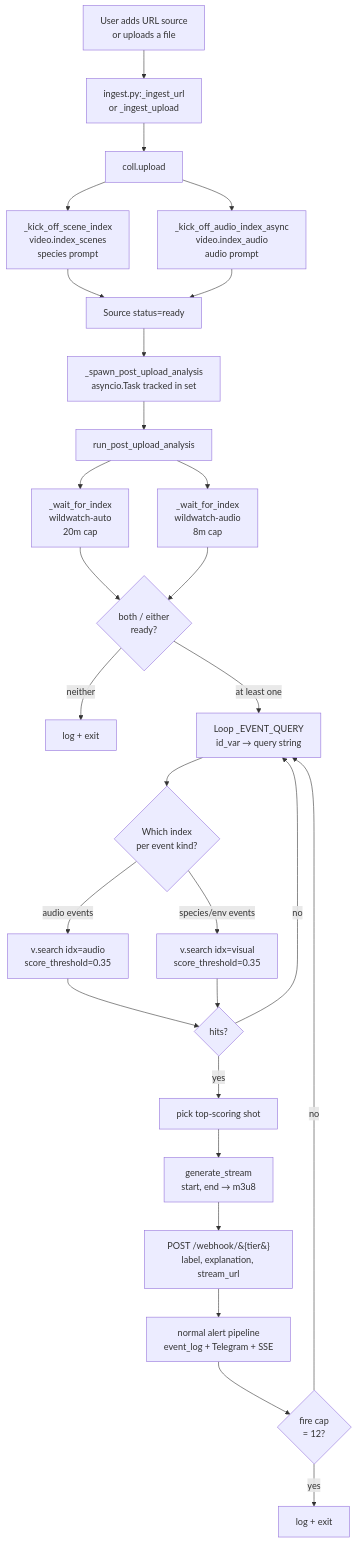
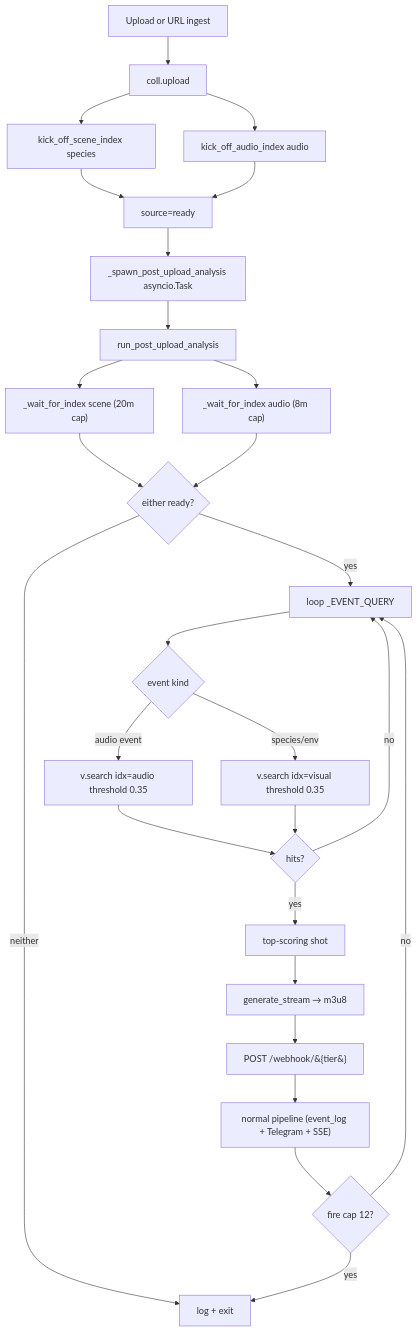
Before and after one commit to skalkii/wildwatch: diagram 11 of 11 in docs/FEATURE_FLOWS.md, drawn with Mermaid. The commit also changed other lines of this file and 1 other file, not shown here.

First line of the commit message:
docs: slim FEATURE_FLOWS + REPO_MAP, fix 2 broken Mermaid charts

````diff
--- a/docs/FEATURE_FLOWS.md
+++ b/docs/FEATURE_FLOWS.md
@@ -523,30 +384,29 @@
 ```mermaid
 flowchart TD
-    A[User adds URL source<br/>or uploads a file] --> B[ingest.py:_ingest_url<br/>or _ingest_upload]
-    B --> C[coll.upload]
-    C --> D[_kick_off_scene_index<br/>video.index_scenes<br/>species prompt]
-    C --> E[_kick_off_audio_index_async<br/>video.index_audio<br/>audio prompt]
-    D --> F[Source status=ready]
-    E --> F
-    F --> G[_spawn_post_upload_analysis<br/>asyncio.Task tracked in set]
-    G --> H[run_post_upload_analysis]
-    H --> I1[_wait_for_index<br/>wildwatch-auto<br/>20m cap]
-    H --> I2[_wait_for_index<br/>wildwatch-audio<br/>8m cap]
-    I1 --> J{both / either<br/>ready?}
-    I2 --> J
-    J -->|neither| K0[log + exit]
-    J -->|at least one| K[Loop _EVENT_QUERY<br/>id_var → query string]
-    K --> L{Which index<br/>per event kind?}
-    L -->|audio events| M1[v.search idx=audio<br/>score_threshold=0.35]
-    L -->|species/env events| M2[v.search idx=visual<br/>score_threshold=0.35]
-    M1 --> N{hits?}
+    A["Upload or URL ingest"] --> B["coll.upload"]
+    B --> C["kick_off_scene_index species"]
+    B --> D["kick_off_audio_index audio"]
+    C --> E["source=ready"]
+    D --> E
+    E --> F["_spawn_post_upload_analysis asyncio.Task"]
+    F --> G["run_post_upload_analysis"]
+    G --> H1["_wait_for_index scene (20m cap)"]
+    G --> H2["_wait_for_index audio (8m cap)"]
+    H1 --> I{"either ready?"}
+    H2 --> I
+    I -->|neither| Z["log + exit"]
+    I -->|yes| K["loop _EVENT_QUERY"]
+    K --> L{"event kind"}
+    L -->|audio event| M1["v.search idx=audio threshold 0.35"]
+    L -->|species/env| M2["v.search idx=visual threshold 0.35"]
+    M1 --> N{"hits?"}
     M2 --> N
     N -->|no| K
-    N -->|yes| O[pick top-scoring shot]
-    O --> P[generate_stream<br/>start, end → m3u8]
-    P --> Q[POST /webhook/&#123;tier&#125;<br/>label, explanation, stream_url]
-    Q --> R[normal alert pipeline<br/>event_log + Telegram + SSE]
-    R --> S{fire cap<br/>= 12?}
+    N -->|yes| O["top-scoring shot"]
+    O --> P["generate_stream → m3u8"]
+    P --> Q["POST /webhook/&#123;tier&#125;"]
+    Q --> R["normal pipeline (event_log + Telegram + SSE)"]
+    R --> S{"fire cap 12?"}
     S -->|no| K
-    S -->|yes| T[log + exit]
+    S -->|yes| Z
 ```
````
